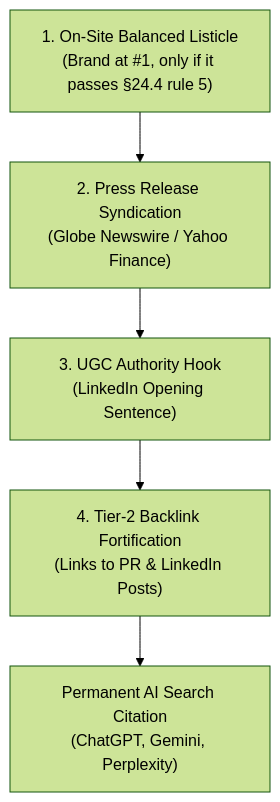
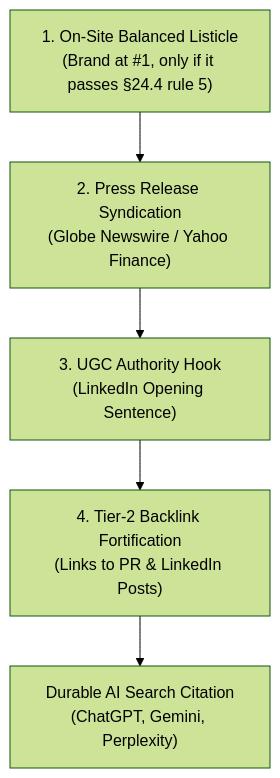
Before and after one commit to markkirby125/kirby-off-page-seo: the diagram in references/module_24_omnichannel_ai_authority_seeding_edward_sturm_ep_1202.md, drawn with Mermaid (forest theme). The commit also changed other lines of this file and 9 other files, not shown here.

````diff
--- a/references/module_24_omnichannel_ai_authority_seeding_edward_sturm_ep_1202.md
+++ b/references/module_24_omnichannel_ai_authority_seeding_edward_sturm_ep_1202.md
@@ -59,7 +59,7 @@
 ```mermaid
 graph TD
     A["1. On-Site Balanced Listicle<br/>(Brand at #1, only if it passes §24.4 rule 5)"] --> B["2. Press Release Syndication<br/>(Globe Newswire / Yahoo Finance)"]
     B --> C["3. UGC Authority Hook<br/>(LinkedIn Opening Sentence)"]
     C --> D["4. Tier-2 Backlink Fortification<br/>(Links to PR & LinkedIn Posts)"]
-    D --> E["Permanent AI Search Citation<br/>(ChatGPT, Gemini, Perplexity)"]
+    D --> E["Durable AI Search Citation<br/>(ChatGPT, Gemini, Perplexity)"]
 ```
````
